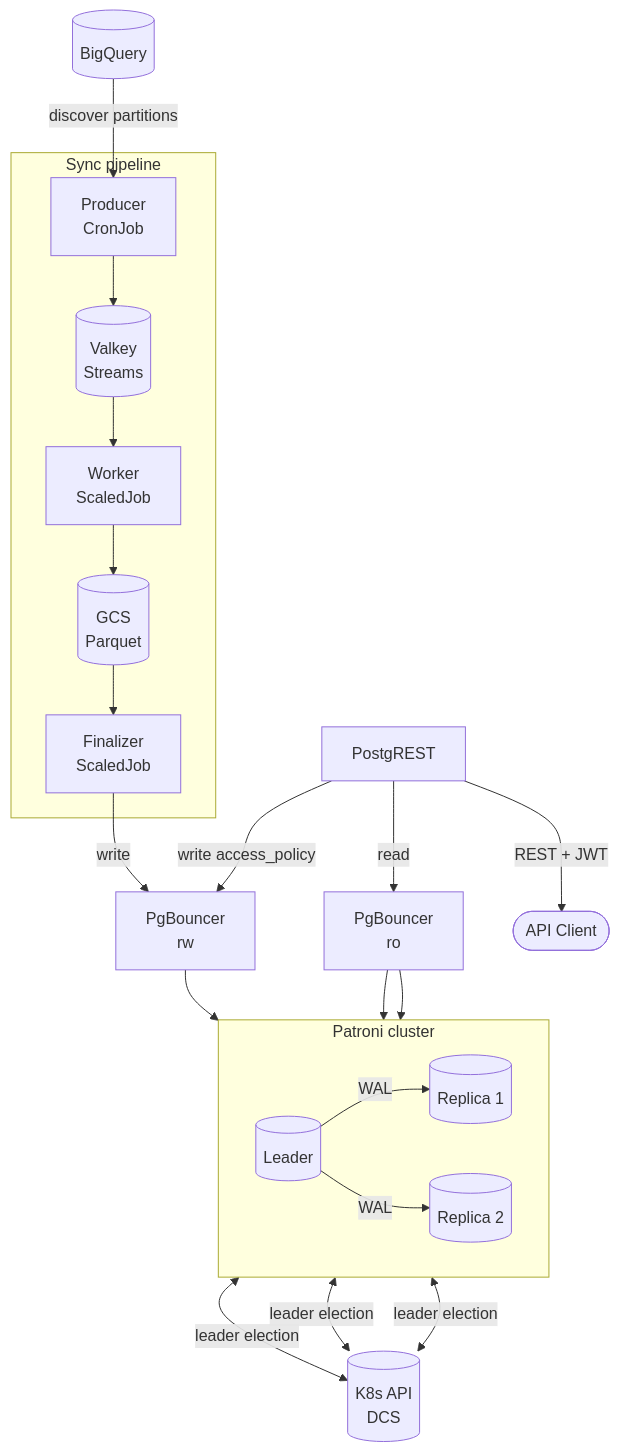
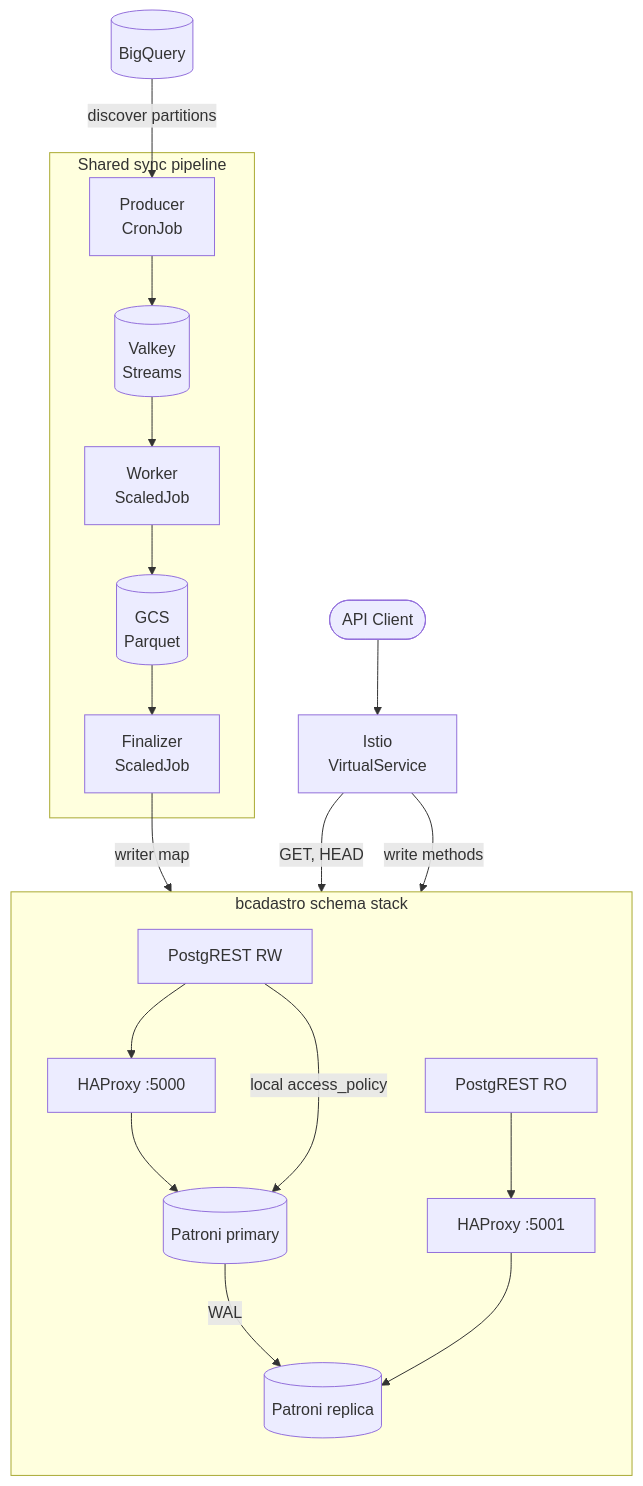
The second of 2 diagrams in docs/architecture.md (prefeitura-rio/data-proxy), drawn with Mermaid before and after one commit. The commit also changed other lines of this file and 54 other files, not shown here.

Commit message:
feat: add schema-aware database HA

````diff
--- a/docs/architecture.md
+++ b/docs/architecture.md
@@ -68,27 +70,29 @@
 ```mermaid
 flowchart TD
     BQ[(BigQuery)]
     R[(Valkey\nStreams)]
     GCS[(GCS\nParquet)]
-    K8S[(K8s API\nDCS)]
+    API[Istio\nVirtualService]
+    Client([API Client])
 
-    subgraph pipeline[Sync pipeline]
+    subgraph pipeline[Shared sync pipeline]
         P[Producer\nCronJob] --> R --> W[Worker\nScaledJob]
         W --> GCS --> FIN[Finalizer\nScaledJob]
     end
 
-    subgraph patroni[Patroni cluster]
-        direction LR
-        PGL[(Leader)] -->|WAL| PGR1[(Replica 1)]
-        PGL -->|WAL| PGR2[(Replica 2)]
+    subgraph cadastro[bcadastro schema stack]
+        direction TB
+        PRW1[PostgREST RW] --> H1[HAProxy :5000]
+        PRO1[PostgREST RO] --> H1R[HAProxy :5001]
+        H1 --> PG1[(Patroni primary)]
+        PG1 -->|WAL| PG2[(Patroni replica)]
+        H1R --> PG2
     end
 
     BQ -->|discover partitions| P
-    FIN -->|write| PBrw[PgBouncer\nrw]
-    PBrw --> PGL
-    PGL & PGR1 & PGR2 <-->|leader election| K8S
-    PGRST[PostgREST] -->|read| PBro[PgBouncer\nro]
-    PGRST -->|write access_policy| PBrw
-    PBro --> PGR1 & PGR2
-    PGRST -->|REST + JWT| Client([API Client])
+    FIN -->|writer map| H1
+    Client --> API
+    API -->|GET, HEAD| PRO1
+    API -->|write methods| PRW1
+    PRW1 -->|local access_policy| PG1
 ```
````
